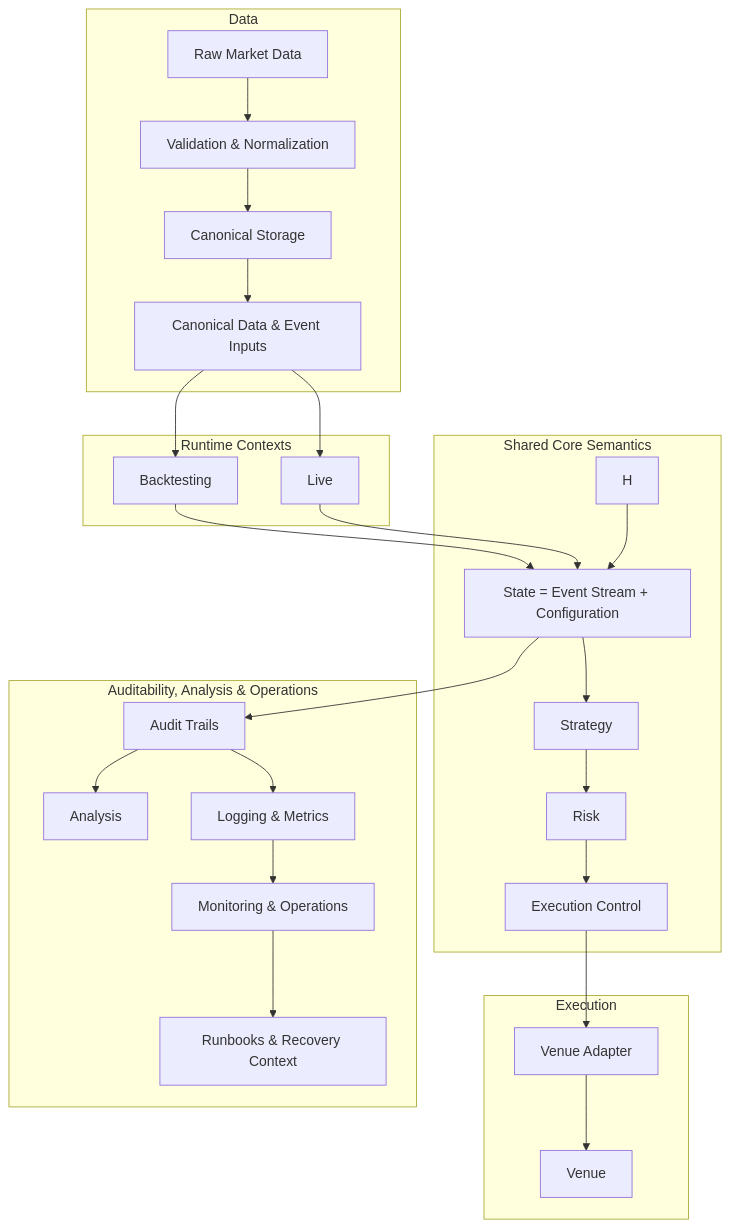
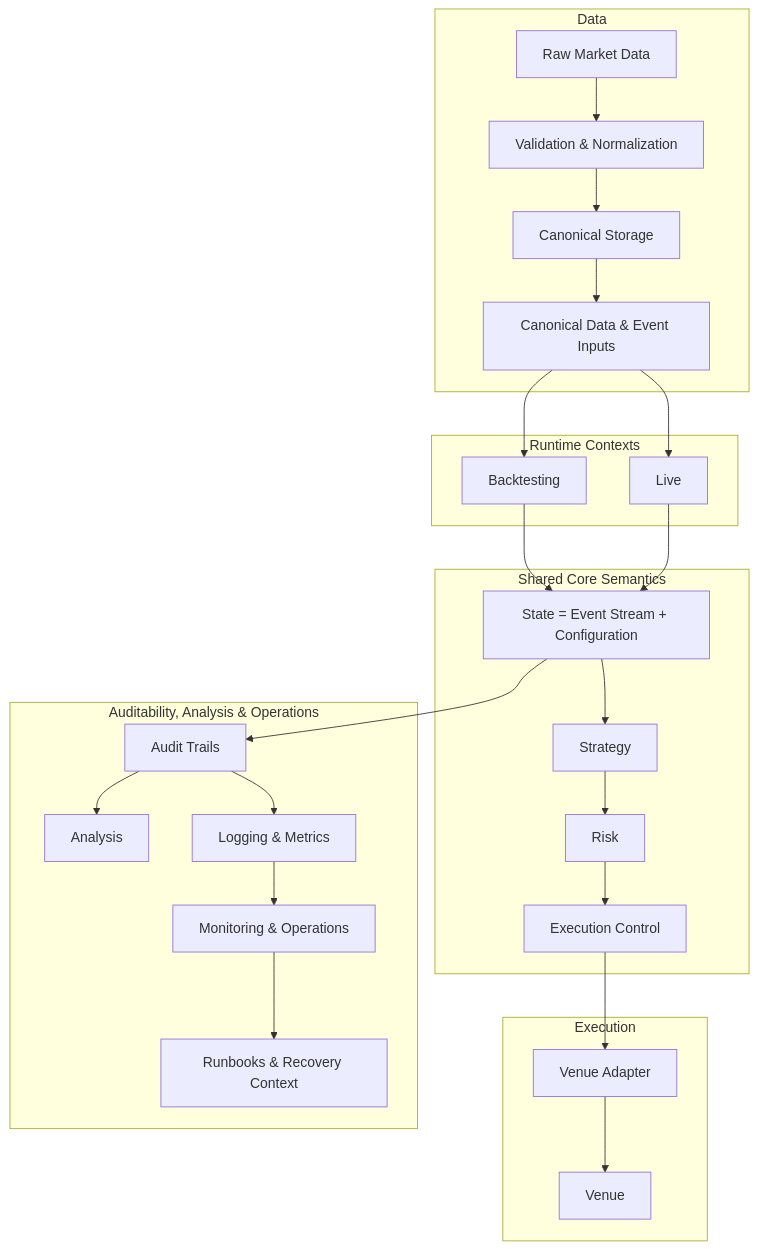
The diagram in profile/README.md (TradingChassis/.github), drawn with Mermaid before and after one commit.

Commit message:
docs(readme): improve README language

````diff
--- a/profile/README.md
+++ b/profile/README.md
@@ -68,36 +68,34 @@
 ```mermaid
 flowchart TD
     subgraph Data[Data]
         A[Raw Market Data] --> B[Validation & Normalization]
         B --> C[Canonical Storage]
         C --> D[Canonical Data & Event Inputs]
     end
 
     subgraph Runtime[Runtime Contexts]
         D --> F[Backtesting]
         D --> G[Live]
     end
 
     subgraph Core[Shared Core Semantics]
-        F --> I
+        F --> I[State = Event Stream + Configuration]
         G --> I
-
-        H --> I[State = Event Stream + Configuration]
         I --> K[Strategy]
         K --> M[Risk]
         M --> N[Execution Control]
     end
 
     subgraph Execution[Execution]
         N --> O[Venue Adapter]
         O --> P[Venue]
     end
 
     subgraph Observability[Auditability, Analysis & Operations]
         I --> Q[Audit Trails]
         Q --> R[Analysis]
         Q --> S[Logging & Metrics]
         S --> T[Monitoring & Operations]
         T --> U[Runbooks & Recovery Context]
     end
 ```
````
